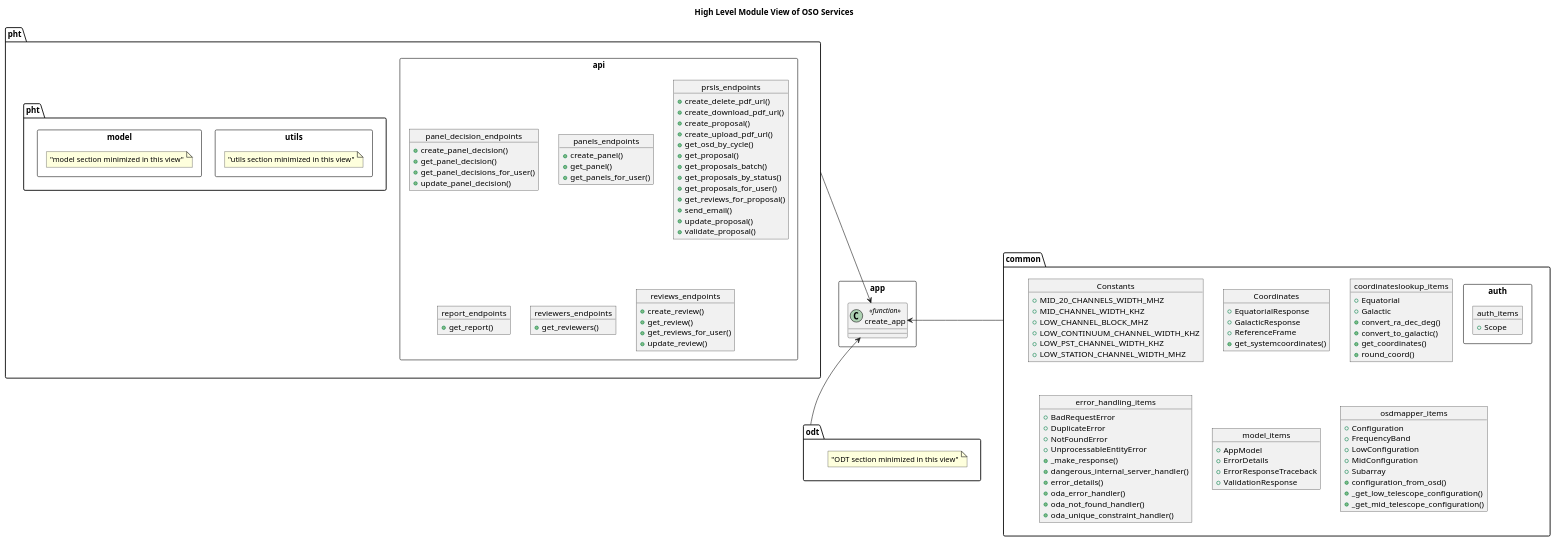
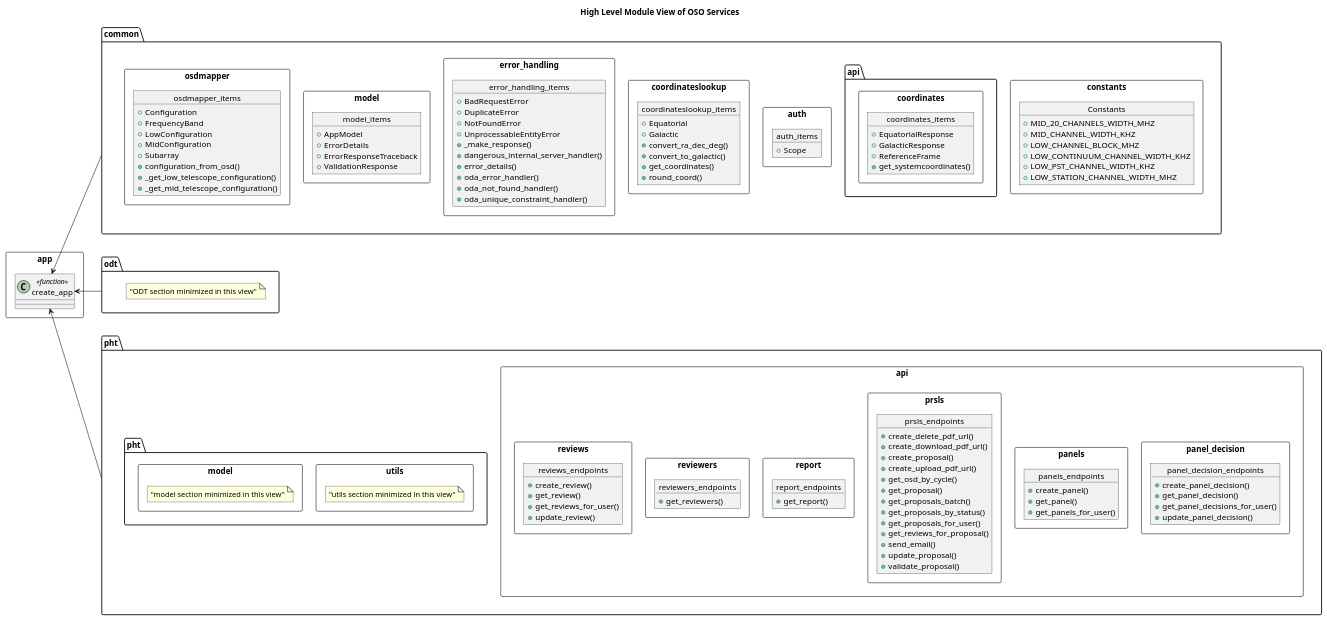
Before and after one commit to ska-telescope/ska-oso-services: the diagram in docs/src/internal/diagrams/module_top_view.puml, drawn with PlantUML. The commit also changed 2 other files, not shown here.

```diff
--- a/docs/src/internal/diagrams/module_top_view.puml
+++ b/docs/src/internal/diagrams/module_top_view.puml
@@ -1,149 +1,177 @@
 @startuml
 top to bottom direction
 
 title High Level Module View of OSO Services
 
 package "common" as common_pkg {
 
+    package "constants" <<Rectangle>> {
       object Constants {
         + MID_20_CHANNELS_WIDTH_MHZ
         + MID_CHANNEL_WIDTH_KHZ
         + LOW_CHANNEL_BLOCK_MHZ
         + LOW_CONTINUUM_CHANNEL_WIDTH_KHZ
         + LOW_PST_CHANNEL_WIDTH_KHZ
         + LOW_STATION_CHANNEL_WIDTH_MHZ
       }
+    }
 
-      object Coordinates {
+    package "api.coordinates" <<Rectangle>> {
+      object coordinates_items  {
           + EquatorialResponse
           + GalacticResponse
           + ReferenceFrame
           + get_systemcoordinates()
       }
+    }
 
     package "auth" <<Rectangle>> {
         object auth_items {
           + Scope
       }
     }
 
+      package "coordinateslookup" <<Rectangle>> {
         object coordinateslookup_items {
           + Equatorial
           + Galactic
           + convert_ra_dec_deg()
           + convert_to_galactic()
           + get_coordinates()
           + round_coord()
         }
+      }
 
+      package "error_handling" <<Rectangle>> {
         object error_handling_items {
           + BadRequestError
           + DuplicateError
           + NotFoundError
           + UnprocessableEntityError
           + _make_response()
           + dangerous_internal_server_handler()
           + error_details()
           + oda_error_handler()
           + oda_not_found_handler()
           + oda_unique_constraint_handler()
         }
+      }
 
+      package "model" <<Rectangle>> {
         object model_items {
           + AppModel
           + ErrorDetails
           + ErrorResponseTraceback
           + ValidationResponse
+        }
       }
 
+      package "osdmapper" <<Rectangle>> {
         object osdmapper_items {
           + Configuration
           + FrequencyBand
           + LowConfiguration
           + MidConfiguration
           + Subarray
           + configuration_from_osd()
           + _get_low_telescope_configuration()
           + _get_mid_telescope_configuration()
         }
+      }
 }
 
 package "odt" as odt_pkg {
     note as odt_note
     "ODT section minimized in this view"
     end note
 }
 
 package "pht" as pht_pkg {
     package "api" <<Rectangle>> {
+
+        package "panel_decision" <<Rectangle>> {
           object panel_decision_endpoints {
             + create_panel_decision()
             + get_panel_decision()
             + get_panel_decisions_for_user()
             + update_panel_decision()
           }
+        }
 
+      package "panels" <<Rectangle>> {
         object panels_endpoints {
           + create_panel()
           + get_panel()
           + get_panels_for_user()
         }
+      }
   
+      package "prsls" <<Rectangle>> {
         object prsls_endpoints {
           + create_delete_pdf_url()
           + create_download_pdf_url()
           + create_proposal()
           + create_upload_pdf_url()
           + get_osd_by_cycle()
           + get_proposal()
           + get_proposals_batch()
           + get_proposals_by_status()
           + get_proposals_for_user()
           + get_reviews_for_proposal()
           + send_email()
           + update_proposal()
           + validate_proposal()
         }
+      }
   
+      package "report" <<Rectangle>> {
         object report_endpoints {
           + get_report()
         }
+      }
   
+      package "reviewers" <<Rectangle>> {
         object reviewers_endpoints {
           + get_reviewers()
         }
+      }
   
+      package "reviews" <<Rectangle>> {
         object reviews_endpoints {
           + create_review()
           + get_review()
           + get_reviews_for_user()
           + update_review()
         }
+      }
 
     }
     
     package "pht.utils" <<Rectangle>> {
       note as utils_note
       "utils section minimized in this view"
       end note
     }
     
     package "pht.model" <<Rectangle>> {
       note as model_note
       "model section minimized in this view"
       end note
     }
 
 }
 
+common_pkg -down[hidden]- odt_pkg
+common_pkg -down[hidden]- odt_pkg
+odt_pkg -down[hidden]- pht_pkg
+odt_pkg -down[hidden]- pht_pkg
+
 package "app" <<Rectangle>> {
     class create_app <<function>>
 }
 
 
-
-
-common_pkg -left-> app.create_app
-pht_pkg -down-> app.create_app
-odt_pkg -up-> app.create_app
+common_pkg -up-> app.create_app
+odt_pkg -right-> app.create_app
+pht_pkg -up-> app.create_app
 @enduml
```
